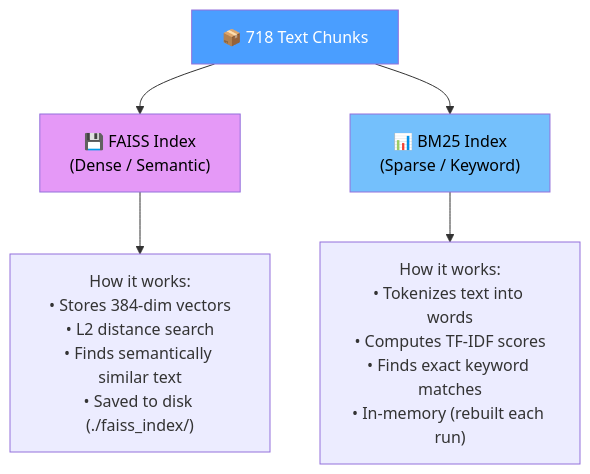
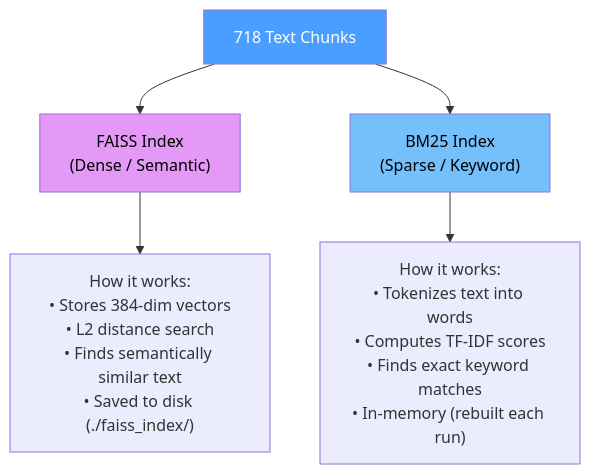
The sixth of 16 diagrams in README.md (killjoycircuit/rag), drawn with Mermaid before and after one commit. The commit also changed other lines of this file, not shown here.

````diff
--- a/README.md
+++ b/README.md
@@ -261,12 +261,12 @@
 ```mermaid
 graph TD
-    C["📦 718 Text Chunks"] --> F["💾 FAISS Index<br/>(Dense / Semantic)"]
-    C --> B["📊 BM25 Index<br/>(Sparse / Keyword)"]
+    C["718 Text Chunks"] --> F["FAISS Index<br/>(Dense / Semantic)"]
+    C --> B["BM25 Index<br/>(Sparse / Keyword)"]
 
     F --> FD["How it works:<br/>• Stores 384-dim vectors<br/>• L2 distance search<br/>• Finds semantically similar text<br/>• Saved to disk (./faiss_index/)"]
     B --> BD["How it works:<br/>• Tokenizes text into words<br/>• Computes TF-IDF scores<br/>• Finds exact keyword matches<br/>• In-memory (rebuilt each run)"]
 
     style C fill:#4a9eff,color:#fff
     style F fill:#e599f7,color:#000
     style B fill:#74c0fc,color:#000
 ```
````
